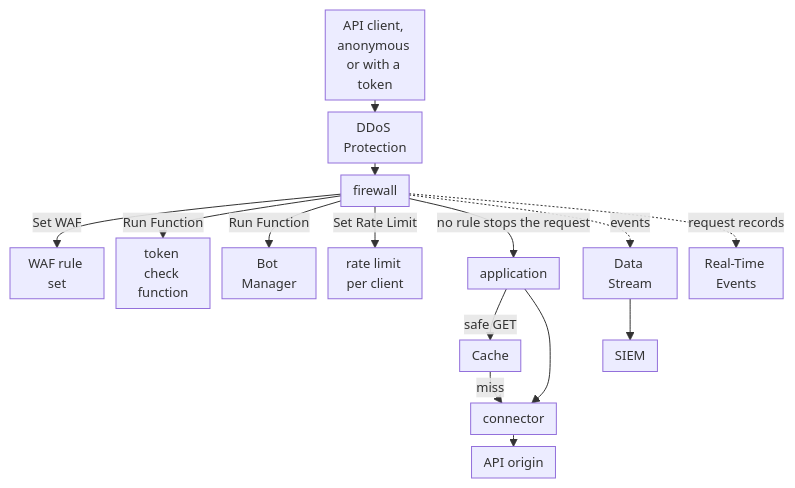
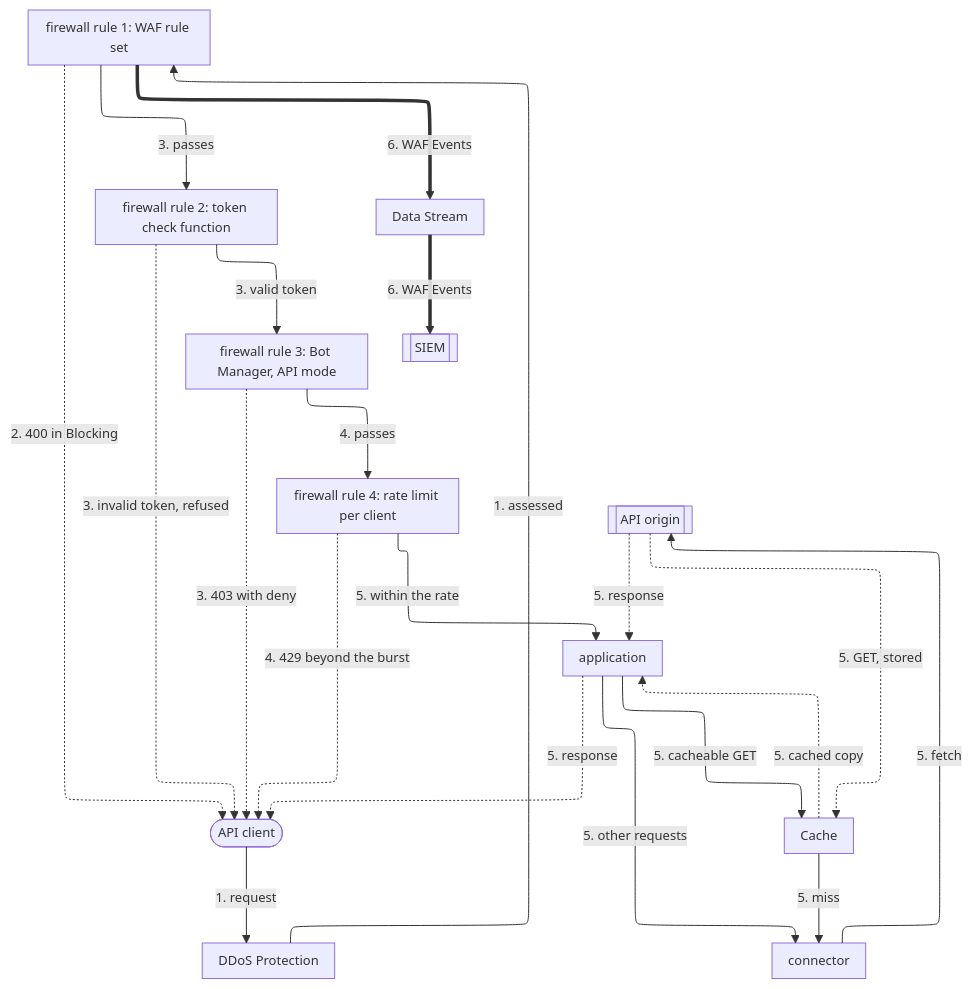
One commit to aziontech/docs changed the diagram in apps/docs/src/content/docs/en/pages/architectures/api-gateways/api-gateways-security.mdx. Above: the diagram before and after it, drawn with Mermaid. The commit also changed other lines of this file and 179 other files, not shown here.

Commit message:
docs(diagrams): redraw every other diagram in the use-case diagram style (#2513)

````diff
--- a/apps/docs/src/content/docs/en/pages/architectures/api-gateways/api-gateways-security.mdx
+++ b/apps/docs/src/content/docs/en/pages/architectures/api-gateways/api-gateways-security.mdx
@@ -18,18 +20,36 @@
 ```mermaid
-%%{init: {"layout": "dagre", "themeVariables": {"fontSize": "13px"}, "flowchart": {"nodeSpacing": 12, "rankSpacing": 12, "padding": 6, "wrappingWidth": 70, "minNodeWidth": 40, "useMaxWidth": true}}}%%
+%%{init: {"layout": "elk", "elk": {"cycleBreakingStrategy": "MODEL_ORDER"}, "themeVariables": {"fontSize": "13px"}, "flowchart": {"nodeSpacing": 24, "rankSpacing": 36, "padding": 8, "wrappingWidth": 150, "useMaxWidth": true}, "sequence": {"width": 120, "actorMargin": 30, "useMaxWidth": true}}}%%
 flowchart TD
-  Client["API client, anonymous or with a token"] --> DDoS["DDoS Protection"]
-  DDoS --> FW["firewall"]
-  FW -->|"Set WAF"| WAF["WAF rule set"]
-  FW -->|"Run Function"| Fn["token check function"]
-  FW -->|"Run Function"| BM["Bot Manager"]
-  FW -->|"Set Rate Limit"| RL["rate limit per client"]
-  FW -->|"no rule stops the request"| App["application"]
-  App -->|"safe GET"| Cache["Cache"]
-  App --> Conn["connector"]
-  Cache -->|"miss"| Conn
-  Conn --> Origin["API origin"]
-  FW -.->|"events"| DS["Data Stream"]
-  DS --> SIEM["SIEM"]
-  FW -.->|"request records"| RTE["Real-Time Events"]
+  Client(["API client"])
+  DDoS["DDoS Protection"]
+  WAF["firewall rule 1: WAF rule set"]
+  Fn["firewall rule 2: token check function"]
+  Bot["firewall rule 3: Bot Manager, API mode"]
+  RL["firewall rule 4: rate limit per client"]
+  App["application"]
+  Cache["Cache"]
+  Conn["connector"]
+  Origin[["API origin"]]
+  DS["Data Stream"]
+  SIEM[["SIEM"]]
+  Client -->|"1. request"| DDoS
+  DDoS -->|"1. assessed"| WAF
+  WAF -->|"3. passes"| Fn
+  Fn -->|"3. valid token"| Bot
+  Bot -->|"4. passes"| RL
+  RL -->|"5. within the rate"| App
+  App -->|"5. cacheable GET"| Cache
+  App -->|"5. other requests"| Conn
+  Cache -->|"5. miss"| Conn
+  Conn -->|"5. fetch"| Origin
+  Origin -.->|"5. GET, stored"| Cache
+  Origin -.->|"5. response"| App
+  Cache -.->|"5. cached copy"| App
+  App -.->|"5. response"| Client
+  WAF -.->|"2. 400 in Blocking"| Client
+  Fn -.->|"3. invalid token, refused"| Client
+  Bot -.->|"3. 403 with deny"| Client
+  RL -.->|"4. 429 beyond the burst"| Client
+  WAF ==>|"6. WAF Events"| DS
+  DS ==>|"6. WAF Events"| SIEM
 ```
````
